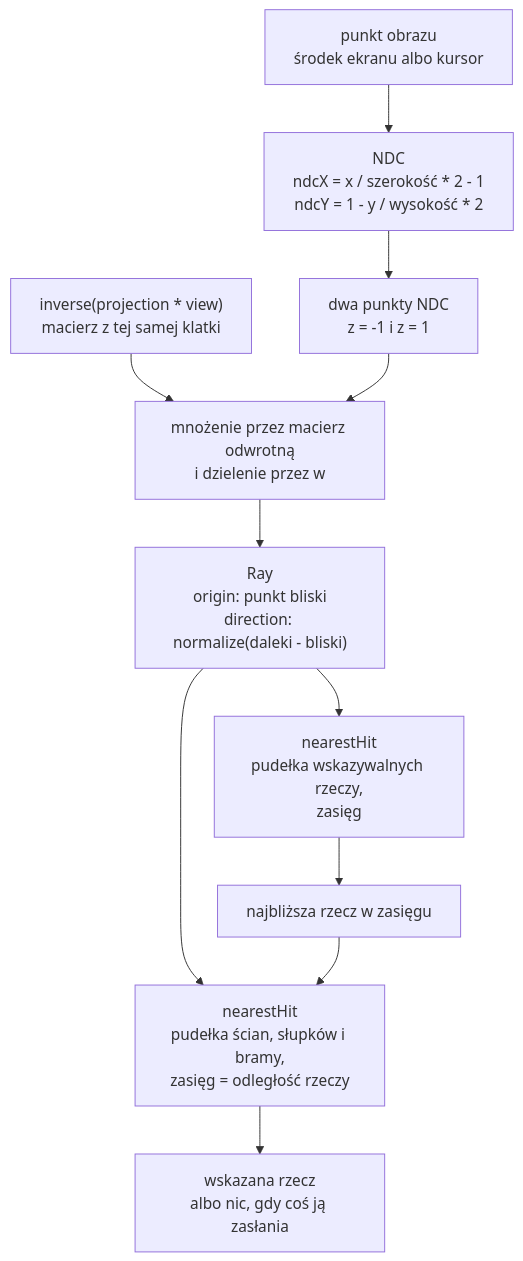
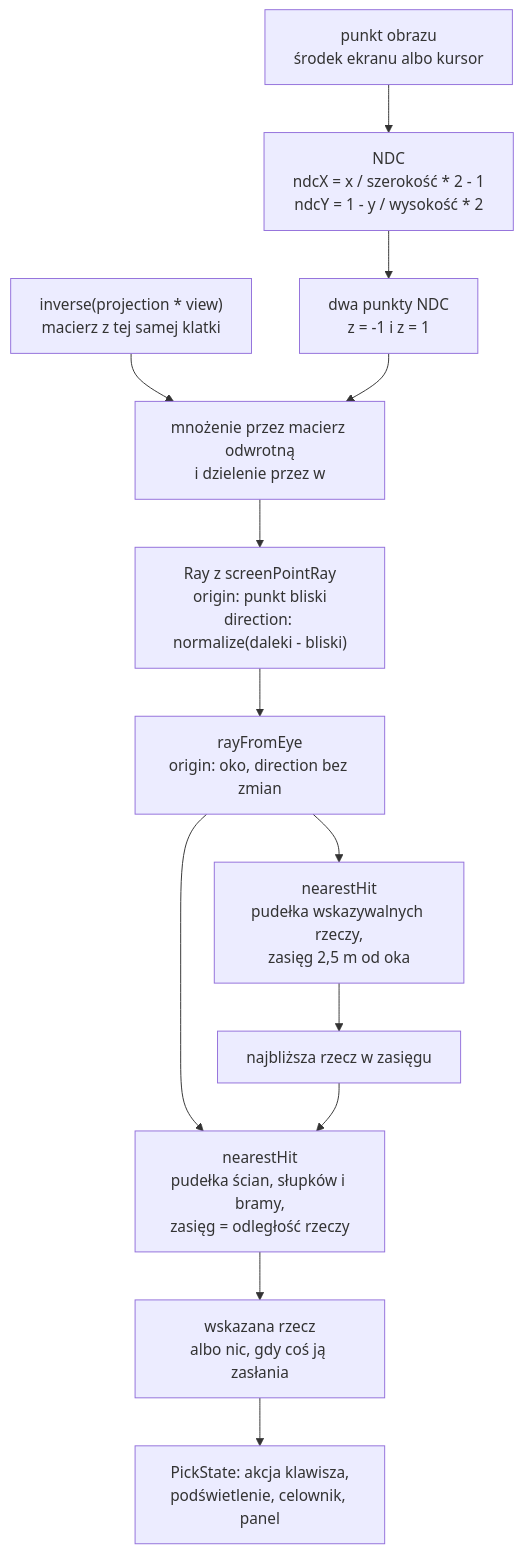
Before and after one commit to Shironex/night-maze: the diagram in docs/modules/scene/picking.md, drawn with Mermaid. The commit also changed other lines of this file and 77 other files, not shown here.

Commit message:
feat(game): pick levers and notes with a ray, open shortcut walls and show note hints

````diff
--- a/docs/modules/scene/picking.md
+++ b/docs/modules/scene/picking.md
@@ -324,13 +348,15 @@
 ```mermaid
 flowchart TD
     Cursor["punkt obrazu<br>środek ekranu albo kursor"] --> Ndc["NDC<br>ndcX = x / szerokość * 2 - 1<br>ndcY = 1 - y / wysokość * 2"]
     Ndc --> Two["dwa punkty NDC<br>z = -1 i z = 1"]
     Inv["inverse(projection * view)<br>macierz z tej samej klatki"] --> World
     Two --> World["mnożenie przez macierz odwrotną<br>i dzielenie przez w"]
-    World --> Ray["Ray<br>origin: punkt bliski<br>direction: normalize(daleki - bliski)"]
-    Ray --> Near["nearestHit<br>pudełka wskazywalnych rzeczy,<br>zasięg"]
+    World --> Screen["Ray z screenPointRay<br>origin: punkt bliski<br>direction: normalize(daleki - bliski)"]
+    Screen --> Ray["rayFromEye<br>origin: oko, direction bez zmian"]
+    Ray --> Near["nearestHit<br>pudełka wskazywalnych rzeczy,<br>zasięg 2,5 m od oka"]
     Near --> Pick["najbliższa rzecz w zasięgu"]
     Ray --> Block["nearestHit<br>pudełka ścian, słupków i bramy,<br>zasięg = odległość rzeczy"]
     Pick --> Block
     Block --> Result["wskazana rzecz<br>albo nic, gdy coś ją zasłania"]
+    Result --> Use["PickState: akcja klawisza,<br>podświetlenie, celownik, panel"]
 ```
````
